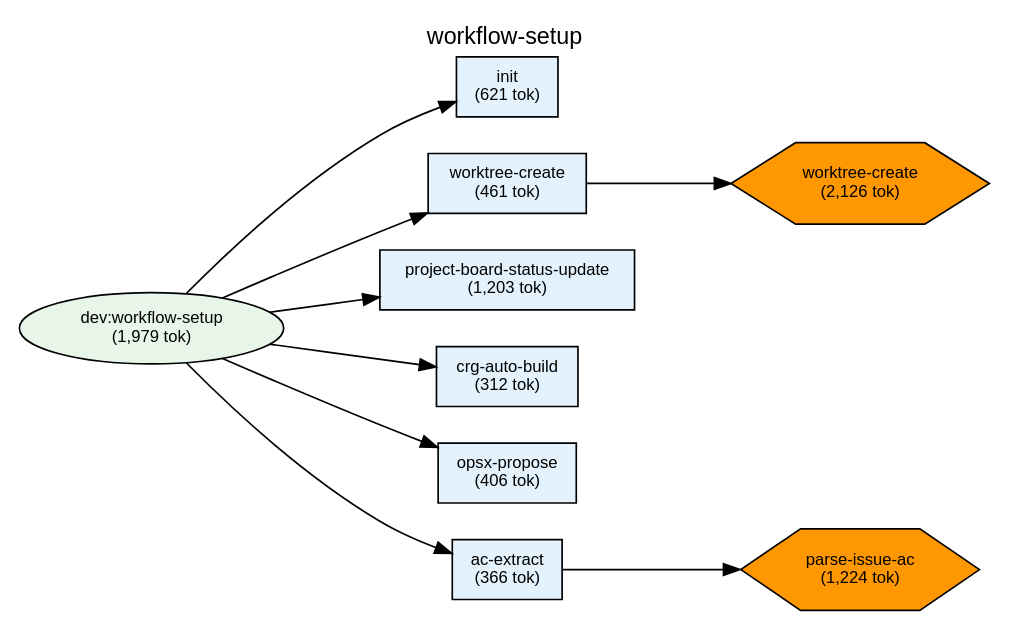
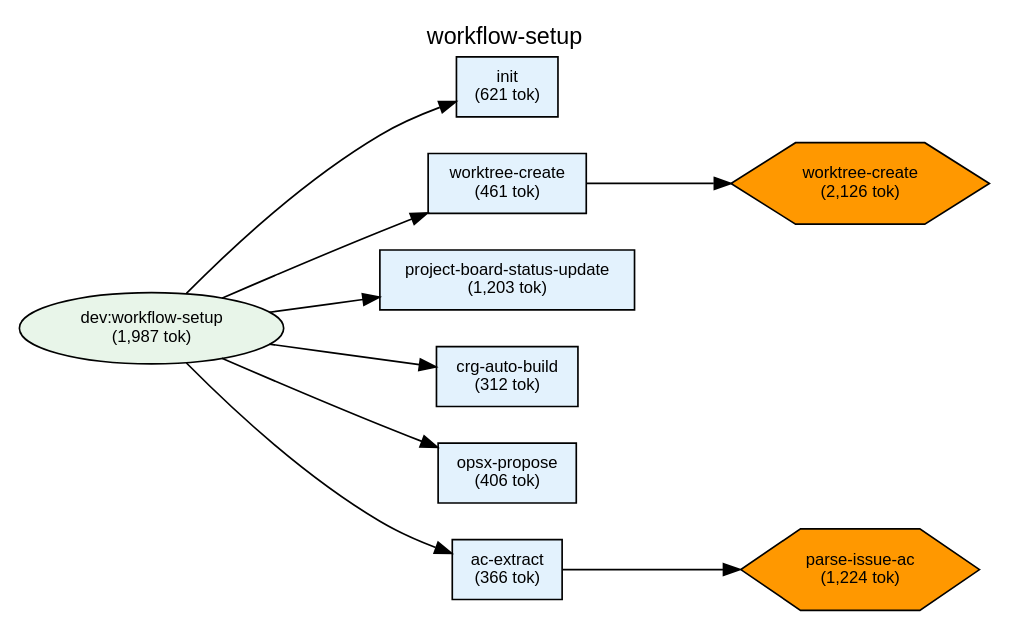
Before and after one commit to shuu5/twill: the diagram in plugins/dev/docs/deps-workflow-setup.dot, drawn with Graphviz. The commit also changed 27 other files, not shown here.

```diff
--- a/plugins/dev/docs/deps-workflow-setup.dot
+++ b/plugins/dev/docs/deps-workflow-setup.dot
@@ -1,62 +1,62 @@
 digraph Dependencies {
     // Graph settings
     rankdir=LR;
     ranksep=0.8;
     nodesep=0.3;
     fontname="Helvetica";
     node [fontname="Helvetica", fontsize=10];
     edge [fontname="Helvetica", fontsize=9];
     label="workflow-setup";
     labelloc=t;
     fontsize=14;
 
     // L0: Controller Skills
 
     // L0: Launchers
 
     // L0.5: Workflow Skills
-    skill_workflow_setup [label="dev:workflow-setup\n(1,979 tok)", shape=ellipse, style=filled, fillcolor="#e8f5e9"];
+    skill_workflow_setup [label="dev:workflow-setup\n(1,987 tok)", shape=ellipse, style=filled, fillcolor="#e8f5e9"];
 
     // Reference Skills
 
     // L1: Direct Commands
     cmd_init [label="init\n(621 tok)", shape=box, style=filled, fillcolor="#e3f2fd"];
     cmd_worktree_create [label="worktree-create\n(461 tok)", shape=box, style=filled, fillcolor="#e3f2fd"];
     cmd_project_board_status_update [label="project-board-status-update\n(1,203 tok)", shape=box, style=filled, fillcolor="#e3f2fd"];
     cmd_crg_auto_build [label="crg-auto-build\n(312 tok)", shape=box, style=filled, fillcolor="#e3f2fd"];
     cmd_opsx_propose [label="opsx-propose\n(406 tok)", shape=box, style=filled, fillcolor="#e3f2fd"];
     cmd_ac_extract [label="ac-extract\n(366 tok)", shape=box, style=filled, fillcolor="#e3f2fd"];
 
     // L2: Sub Commands
 
     // L3: Agents
 
     // L3.5: Scripts
     script_worktree_create [label="worktree-create\n(2,126 tok)", shape=hexagon, style=filled, fillcolor="#FF9800"];
     script_parse_issue_ac [label="parse-issue-ac\n(1,224 tok)", shape=hexagon, style=filled, fillcolor="#FF9800"];
 
     // L4: External
 
     // Layer constraints
     { rank=same; skill_workflow_setup; }
     { rank=same; cmd_init; cmd_worktree_create; cmd_project_board_status_update; cmd_crg_auto_build; cmd_opsx_propose; cmd_ac_extract; }
     { rank=same; script_worktree_create; script_parse_issue_ac; }
 
     // Edges
     skill_workflow_setup -> cmd_init;
     skill_workflow_setup -> cmd_worktree_create;
     skill_workflow_setup -> cmd_project_board_status_update;
     skill_workflow_setup -> cmd_crg_auto_build;
     skill_workflow_setup -> cmd_opsx_propose;
     skill_workflow_setup -> cmd_ac_extract;
     cmd_worktree_create -> script_worktree_create;
     cmd_ac_extract -> script_parse_issue_ac;
 
     // Ordering constraints (invisible edges)
     cmd_init -> cmd_worktree_create [style=invis, weight=10];
     cmd_worktree_create -> cmd_project_board_status_update [style=invis, weight=10];
     cmd_project_board_status_update -> cmd_crg_auto_build [style=invis, weight=10];
     cmd_crg_auto_build -> cmd_opsx_propose [style=invis, weight=10];
     cmd_opsx_propose -> cmd_ac_extract [style=invis, weight=10];
 
 }
```
